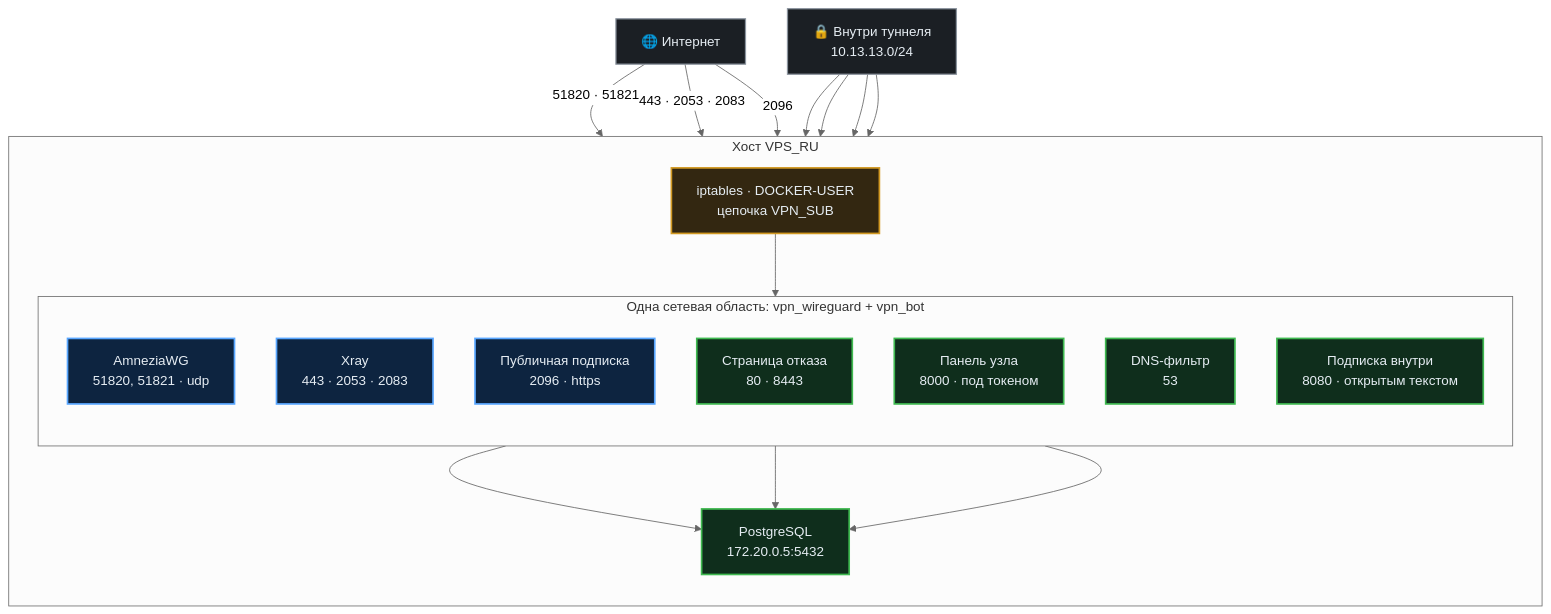
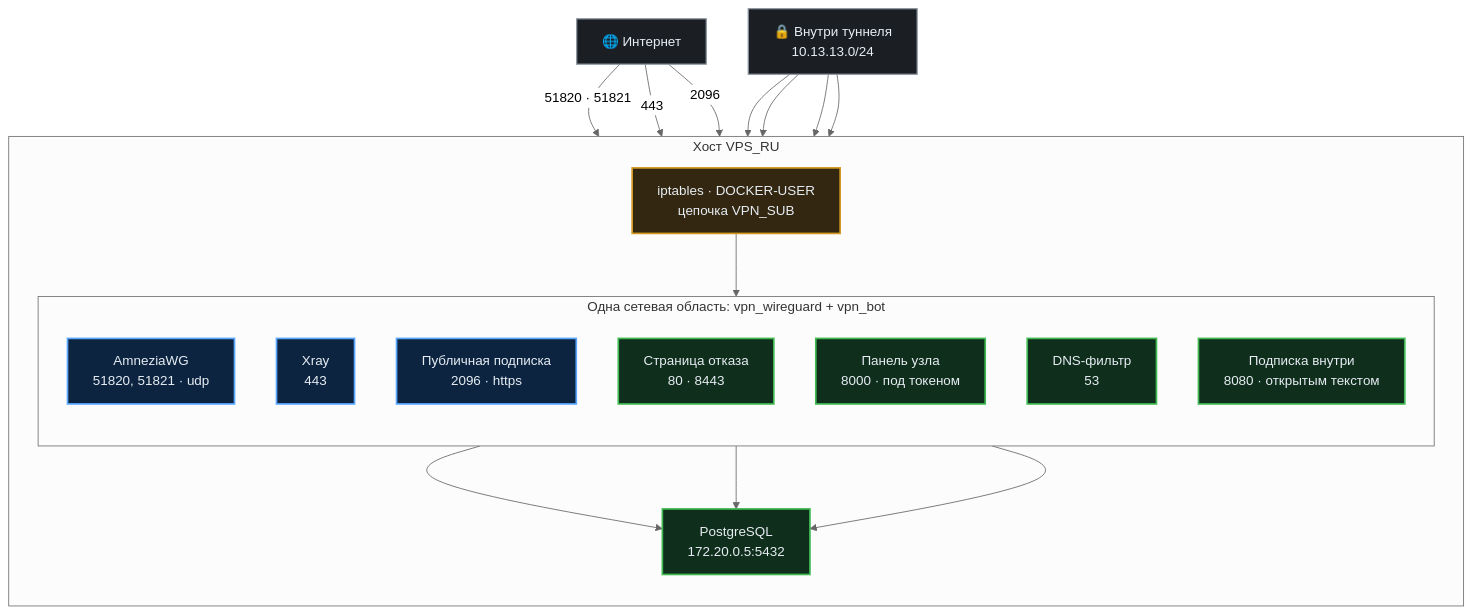
The first of 4 diagrams in docs/ports.md (AnDyQnn/vpn_awg_2_VPS_pub), drawn with Mermaid (neutral theme) before and after one commit. The commit also changed other lines of this file and 15 other files, not shown here.

````diff
--- a/docs/ports.md
+++ b/docs/ports.md
@@ -61,44 +64,44 @@
 ```mermaid
 flowchart TB
     NET["🌐 Интернет"]
 
     subgraph HOST["Хост VPS_RU"]
         direction TB
         subgraph NS["Одна сетевая область: vpn_wireguard + vpn_bot"]
             direction TB
             AWG["AmneziaWG<br/>51820, 51821 · udp"]
-            XRAY["Xray<br/>443 · 2053 · 2083"]
+            XRAY["Xray<br/>443"]
             SUBOUT["Публичная подписка<br/>2096 · https"]
             PAGE["Страница отказа<br/>80 · 8443"]
             API["Панель узла<br/>8000 · под токеном"]
             DNSF["DNS-фильтр<br/>53"]
             SUBIN["Подписка внутри<br/>8080 · открытым текстом"]
         end
         DB["PostgreSQL<br/>172.20.0.5:5432"]
         FW["iptables · DOCKER-USER<br/>цепочка VPN_SUB"]
     end
 
     TUN["🔒 Внутри туннеля<br/>10.13.13.0/24"]
 
     NET -->|"51820 · 51821"| AWG
-    NET -->|"443 · 2053 · 2083"| XRAY
+    NET -->|"443"| XRAY
     NET -->|"2096"| FW
     FW --> SUBOUT
     TUN --> PAGE
     TUN --> API
     TUN --> DNSF
     TUN --> SUBIN
     API --> DB
     SUBIN --> DB
     SUBOUT --> DB
 
     classDef pub  fill:#0d2440,stroke:#58a6ff,stroke-width:2px,color:#e6edf3
     classDef priv fill:#0f2e1c,stroke:#3fb950,stroke-width:2px,color:#e6edf3
     classDef guard fill:#332711,stroke:#d29922,stroke-width:2px,color:#e6edf3
     classDef out  fill:#1b1f24,stroke:#8b949e,stroke-width:1.5px,color:#e6edf3
 
     class AWG,XRAY,SUBOUT pub
     class PAGE,API,DNSF,SUBIN,DB priv
     class FW guard
     class NET,TUN out
 ```
````
